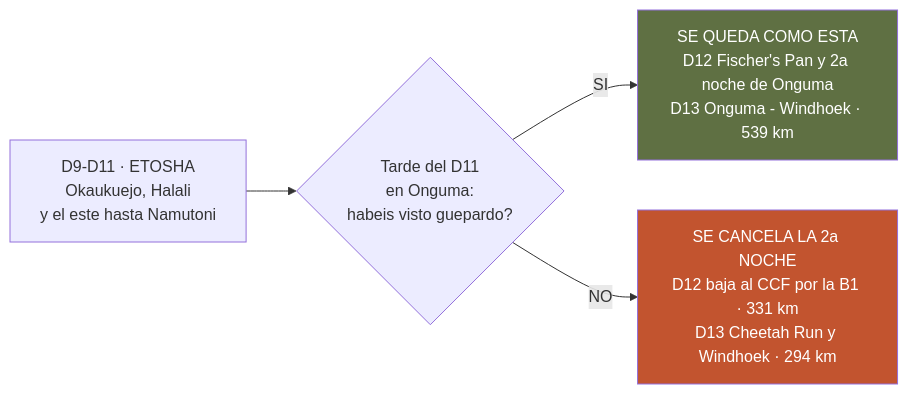
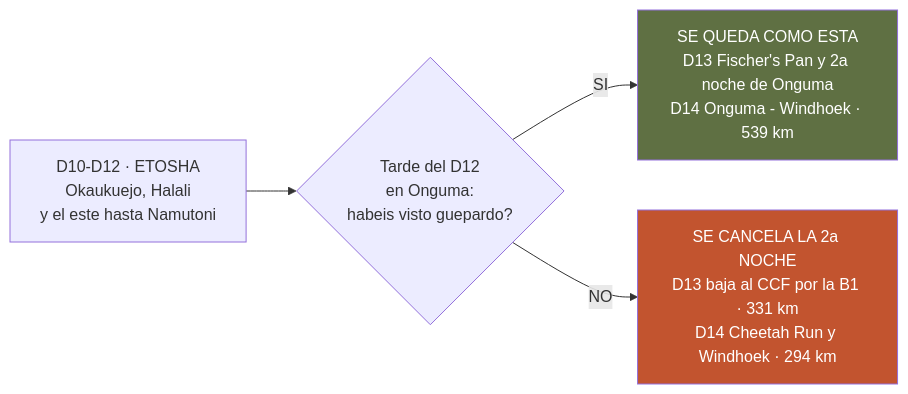
One commit to morandeirachema/namibia changed the diagram in 24-ruta-alternativa.md. Above: the diagram before and after it, drawn with Mermaid. The commit also changed other lines of this file and 54 other files, not shown here.

````diff
--- a/24-ruta-alternativa.md
+++ b/24-ruta-alternativa.md
@@ -41,9 +41,9 @@
 ```mermaid
 flowchart LR
 %% ancho
-    A["D9-D11 · ETOSHA<br/>Okaukuejo, Halali<br/>y el este hasta Namutoni"] --> B{"Tarde del D11<br/>en Onguma:<br/>habeis visto guepardo?"}
-    B -->|"SI"| C["SE QUEDA COMO ESTA<br/>D12 Fischer's Pan y 2a noche de Onguma<br/>D13 Onguma - Windhoek · 539 km"]
-    B -->|"NO"| D["SE CANCELA LA 2a NOCHE<br/>D12 baja al CCF por la B1 · 331 km<br/>D13 Cheetah Run y Windhoek · 294 km"]
+    A["D10-D12 · ETOSHA<br/>Okaukuejo, Halali<br/>y el este hasta Namutoni"] --> B{"Tarde del D12<br/>en Onguma:<br/>habeis visto guepardo?"}
+    B -->|"SI"| C["SE QUEDA COMO ESTA<br/>D13 Fischer's Pan y 2a noche de Onguma<br/>D14 Onguma - Windhoek · 539 km"]
+    B -->|"NO"| D["SE CANCELA LA 2a NOCHE<br/>D13 baja al CCF por la B1 · 331 km<br/>D14 Cheetah Run y Windhoek · 294 km"]
     style C fill:#5F7043,color:#fff
     style D fill:#C2542F,color:#fff
 ```
````
